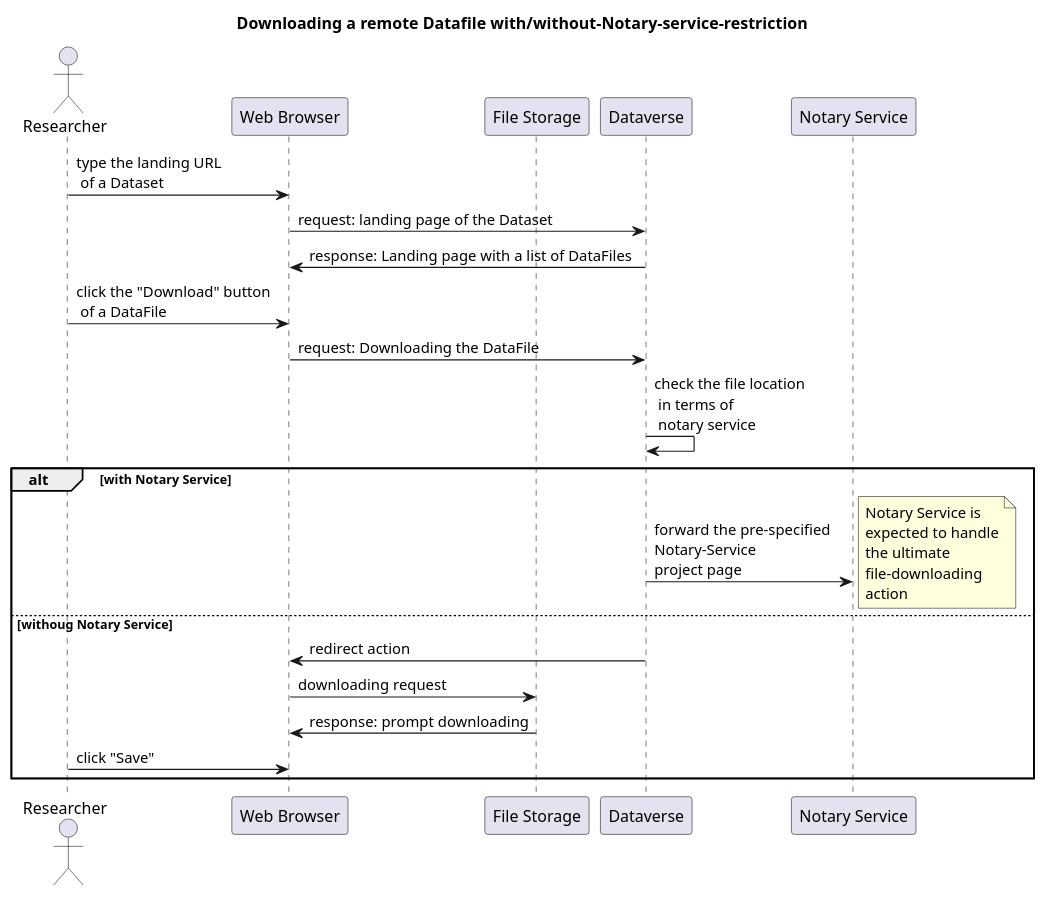
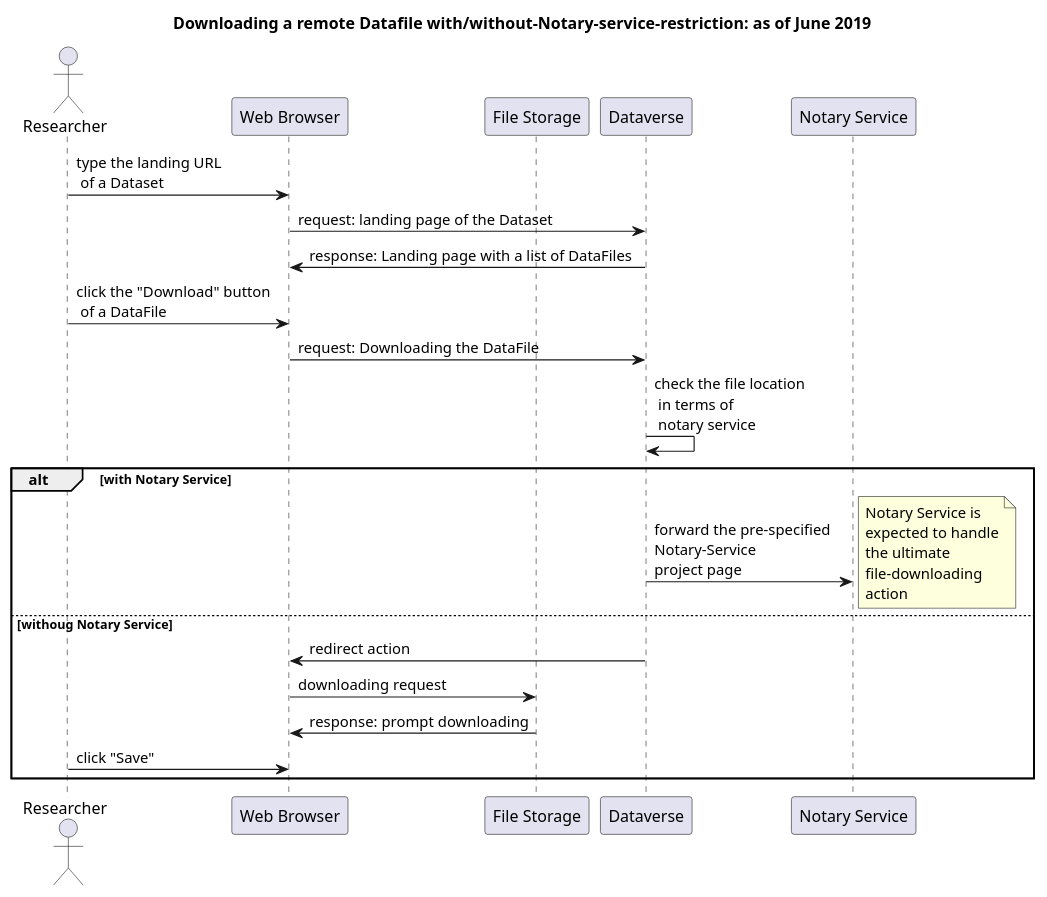
One commit to uncch-rdmc/trsa-web changed the second of 9 diagrams in src/main/resources/doc/uml-diagrams-trsa-web.puml. Above: the diagram before and after it, drawn with PlantUML. The commit also changed other lines of this file and 2 other files, not shown here.

```diff
--- a/src/main/resources/doc/uml-diagrams-trsa-web.puml
+++ b/src/main/resources/doc/uml-diagrams-trsa-web.puml
@@ -7,31 +69,31 @@
 @startuml
-title Downloading a remote Datafile with/without-Notary-service-restriction
+title Downloading a remote Datafile with/without-Notary-service-restriction: as of June 2019
 actor Researcher as rs
 'actor "Data Provider" as dp
 participant "Web Browser" as wb
 'participant TRSA as sa
 participant "File Storage" as fs
 participant  Dataverse as dv
 participant "Notary Service" as ns
 rs -> wb: type the landing URL\n of a Dataset
 wb -> dv: request: landing page of the Dataset
 dv -> wb: response: Landing page with a list of DataFiles
 rs -> wb: click the "Download" button\n of a DataFile
 wb -> dv: request: Downloading the DataFile
 dv -> dv: check the file location\n in terms of\n notary service
 alt with Notary Service
 dv -> ns: forward the pre-specified \nNotary-Service \nproject page
 note right
 Notary Service is
 expected to handle
 the ultimate
 file-downloading
 action
 end note
 else withoug Notary Service
 dv -> wb: redirect action
 wb -> fs: downloading request
 fs -> wb: response: prompt downloading
 rs -> wb: click "Save"
 end
 @enduml
```
